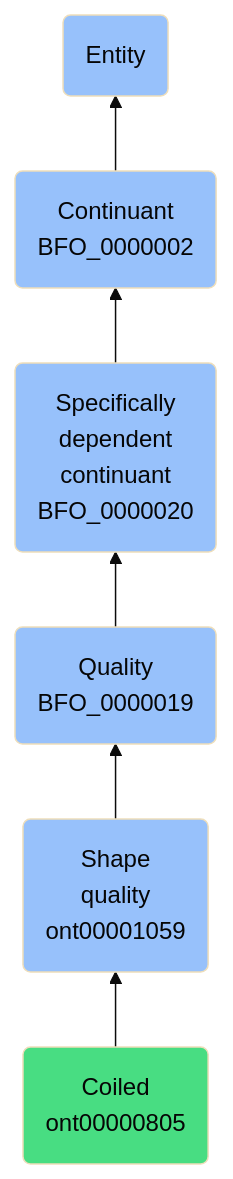
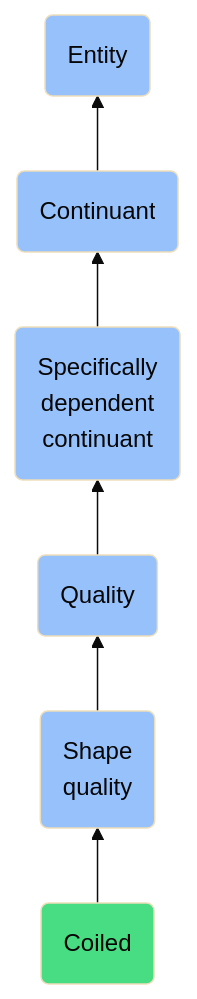
One commit to jupyter-naas/abi changed the diagram in docs/ontology/reference/model/Entity/Continuant/Specifically dependent continuant/Quality/Shape quality/Coiled/Coiled.md. Above: the diagram before and after it, drawn with Mermaid (base theme). The commit also changed other lines of this file and 1430 other files, not shown here.

````diff
--- a/docs/ontology/reference/model/Entity/Continuant/Specifically dependent continuant/Quality/Shape quality/Coiled/Coiled.md
+++ b/docs/ontology/reference/model/Entity/Continuant/Specifically dependent continuant/Quality/Shape quality/Coiled/Coiled.md
@@ -24,13 +24,13 @@
 ```mermaid
 graph BT
-    ont00000805(Coiled<br>ont00000805):::ABI-->ont00001059
-    ont00001059(Shape<br>quality<br>ont00001059):::BFO-->BFO_0000019
-    BFO_0000019(Quality<br>BFO_0000019):::BFO-->BFO_0000020
-    BFO_0000020(Specifically<br>dependent<br>continuant<br>BFO_0000020):::BFO-->BFO_0000002
-    BFO_0000002(Continuant<br>BFO_0000002):::BFO-->BFO_0000001
+    ont00000805(Coiled):::ABI-->ont00001059
+    ont00001059(Shape<br>quality):::BFO-->BFO_0000019
+    BFO_0000019(Quality):::BFO-->BFO_0000020
+    BFO_0000020(Specifically<br>dependent<br>continuant):::BFO-->BFO_0000002
+    BFO_0000002(Continuant):::BFO-->BFO_0000001
     BFO_0000001(Entity):::BFO
     
     classDef BFO fill:#97c1fb,color:#060606
     classDef CCO fill:#e4c51e,color:#060606
     classDef ABI fill:#48DD82,color:#060606
 ```
````
